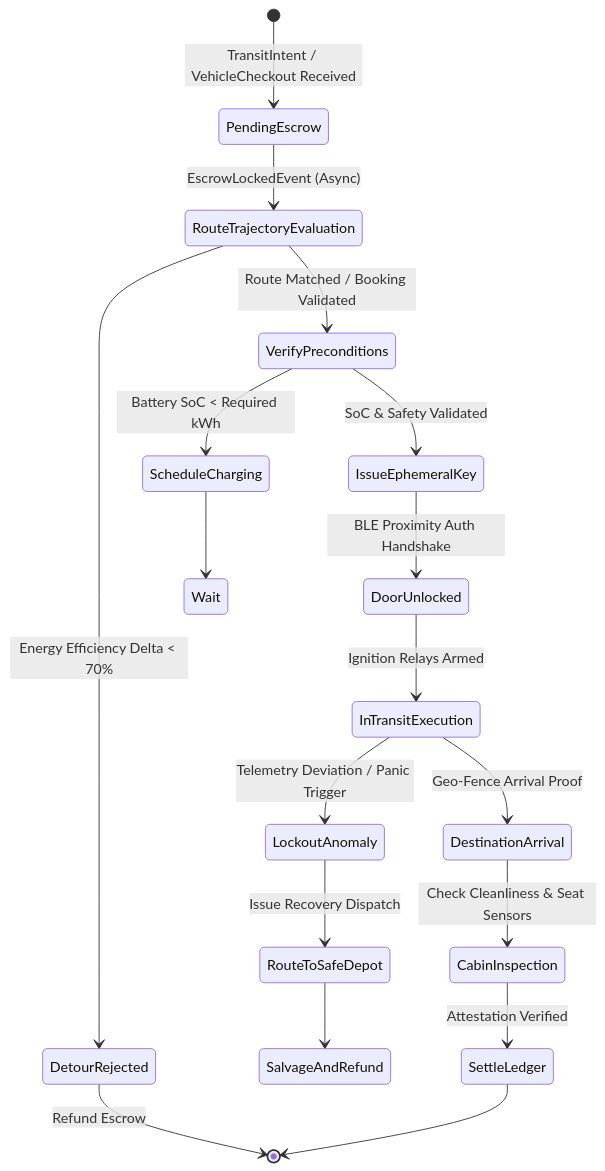
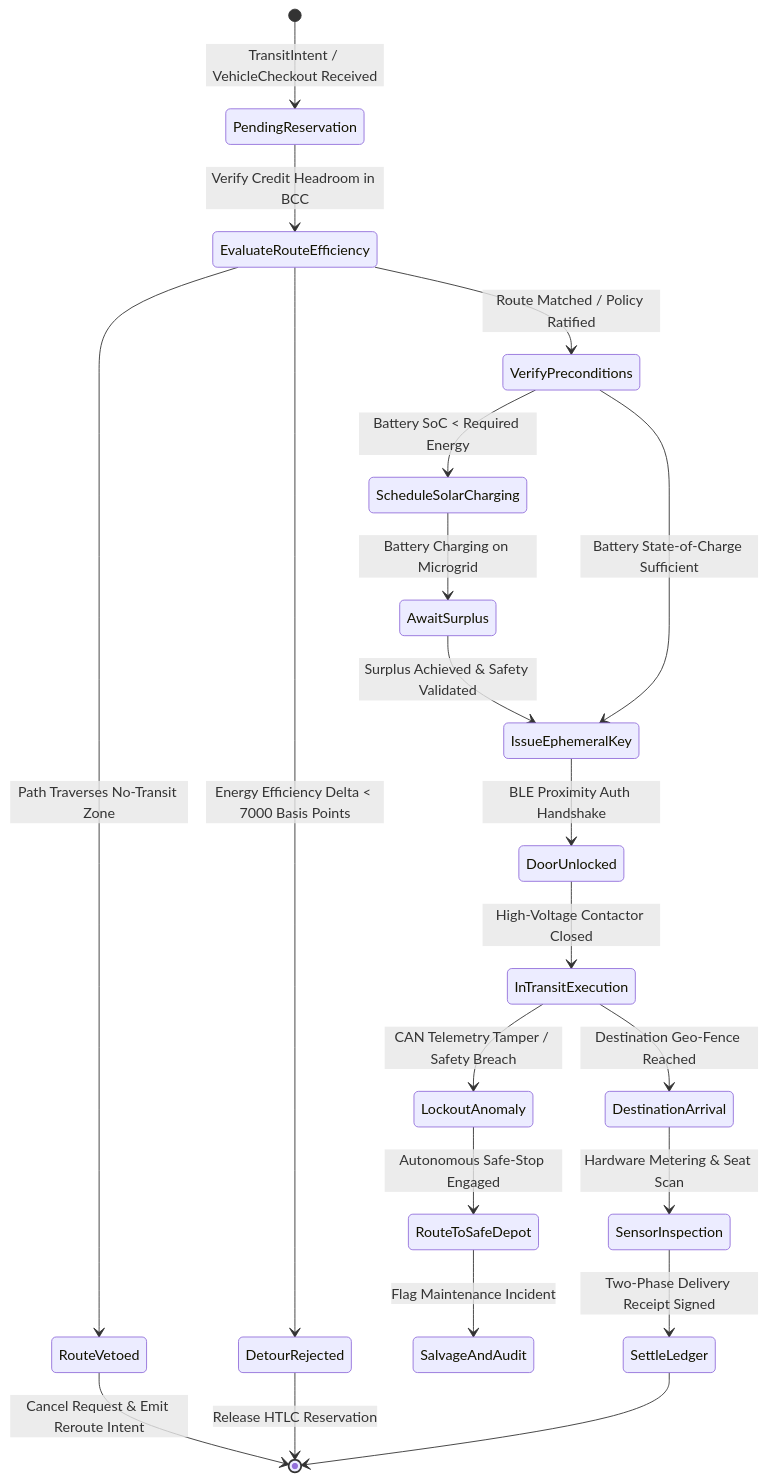
Before and after one commit to raffaine/collective: the second of 4 diagrams in docs/scenarios/beta_transit.md, drawn with Mermaid. The commit also changed other lines of this file and 23 other files, not shown here.

````diff
--- a/docs/scenarios/beta_transit.md
+++ b/docs/scenarios/beta_transit.md
@@ -80,20 +93,23 @@
 ```mermaid
 stateDiagram-v2
-    [*] --> PendingEscrow: TransitIntent / VehicleCheckout Received
-    PendingEscrow --> RouteTrajectoryEvaluation: EscrowLockedEvent (Async)
-    RouteTrajectoryEvaluation --> DetourRejected: Energy Efficiency Delta < 70%
-    DetourRejected --> [*]: Refund Escrow
-    RouteTrajectoryEvaluation --> VerifyPreconditions: Route Matched / Booking Validated
-    VerifyPreconditions --> ScheduleCharging: Battery SoC < Required kWh
-    ScheduleCharging --> Wait
-    VerifyPreconditions --> IssueEphemeralKey: SoC & Safety Validated
+    [*] --> PendingReservation: TransitIntent / VehicleCheckout Received
+    PendingReservation --> EvaluateRouteEfficiency: Verify Credit Headroom in BCC
+    EvaluateRouteEfficiency --> RouteVetoed: Path Traverses No-Transit Zone
+    RouteVetoed --> [*]: Cancel Request & Emit Reroute Intent
+    EvaluateRouteEfficiency --> DetourRejected: Energy Efficiency Delta < 7000 Basis Points
+    DetourRejected --> [*]: Release HTLC Reservation
+    EvaluateRouteEfficiency --> VerifyPreconditions: Route Matched / Policy Ratified
+    VerifyPreconditions --> ScheduleSolarCharging: Battery SoC < Required Energy
+    ScheduleSolarCharging --> AwaitSurplus: Battery Charging on Microgrid
+    AwaitSurplus --> IssueEphemeralKey: Surplus Achieved & Safety Validated
+    VerifyPreconditions --> IssueEphemeralKey: Battery State-of-Charge Sufficient
     IssueEphemeralKey --> DoorUnlocked: BLE Proximity Auth Handshake
-    DoorUnlocked --> InTransitExecution: Ignition Relays Armed
-    InTransitExecution --> LockoutAnomaly: Telemetry Deviation / Panic Trigger
-    LockoutAnomaly --> RouteToSafeDepot: Issue Recovery Dispatch
-    RouteToSafeDepot --> SalvageAndRefund
-    InTransitExecution --> DestinationArrival: Geo-Fence Arrival Proof
-    DestinationArrival --> CabinInspection: Check Cleanliness & Seat Sensors
-    CabinInspection --> SettleLedger: Attestation Verified
+    DoorUnlocked --> InTransitExecution: High-Voltage Contactor Closed
+    InTransitExecution --> LockoutAnomaly: CAN Telemetry Tamper / Safety Breach
+    LockoutAnomaly --> RouteToSafeDepot: Autonomous Safe-Stop Engaged
+    RouteToSafeDepot --> SalvageAndAudit: Flag Maintenance Incident
+    InTransitExecution --> DestinationArrival: Destination Geo-Fence Reached
+    DestinationArrival --> SensorInspection: Hardware Metering & Seat Scan
+    SensorInspection --> SettleLedger: Two-Phase Delivery Receipt Signed
     SettleLedger --> [*]
 ```
````
